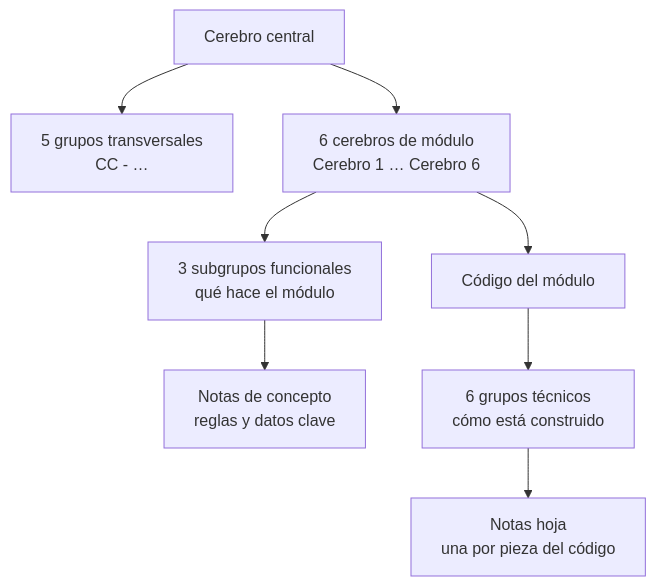
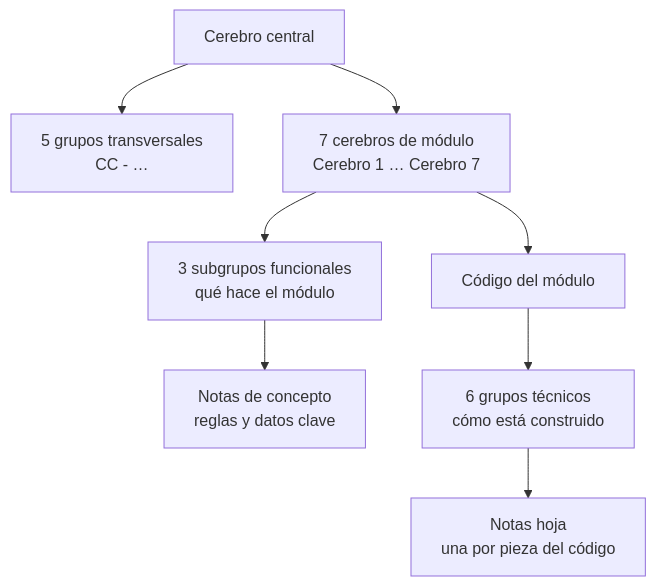
The diagram in README.md (Annvies/chapterCoreIEEE_obsidian), drawn with Mermaid before and after one commit. The commit also changed other lines of this file and 375 other files, not shown here.

First line of the commit message:
docs(cerebros): mapear main con el módulo 7 y la búsqueda en fuentes oficiales

````diff
--- a/README.md
+++ b/README.md
@@ -28,10 +28,10 @@
 ```mermaid
 flowchart TD
   CC[Cerebro central] --> T[5 grupos transversales<br/>CC - …]
-  CC --> M[6 cerebros de módulo<br/>Cerebro 1 … Cerebro 6]
+  CC --> M[7 cerebros de módulo<br/>Cerebro 1 … Cerebro 7]
   M --> F[3 subgrupos funcionales<br/>qué hace el módulo]
   F --> K[Notas de concepto<br/>reglas y datos clave]
   M --> COD[Código del módulo]
   COD --> G[6 grupos técnicos<br/>cómo está construido]
   G --> H[Notas hoja<br/>una por pieza del código]
 ```
````
